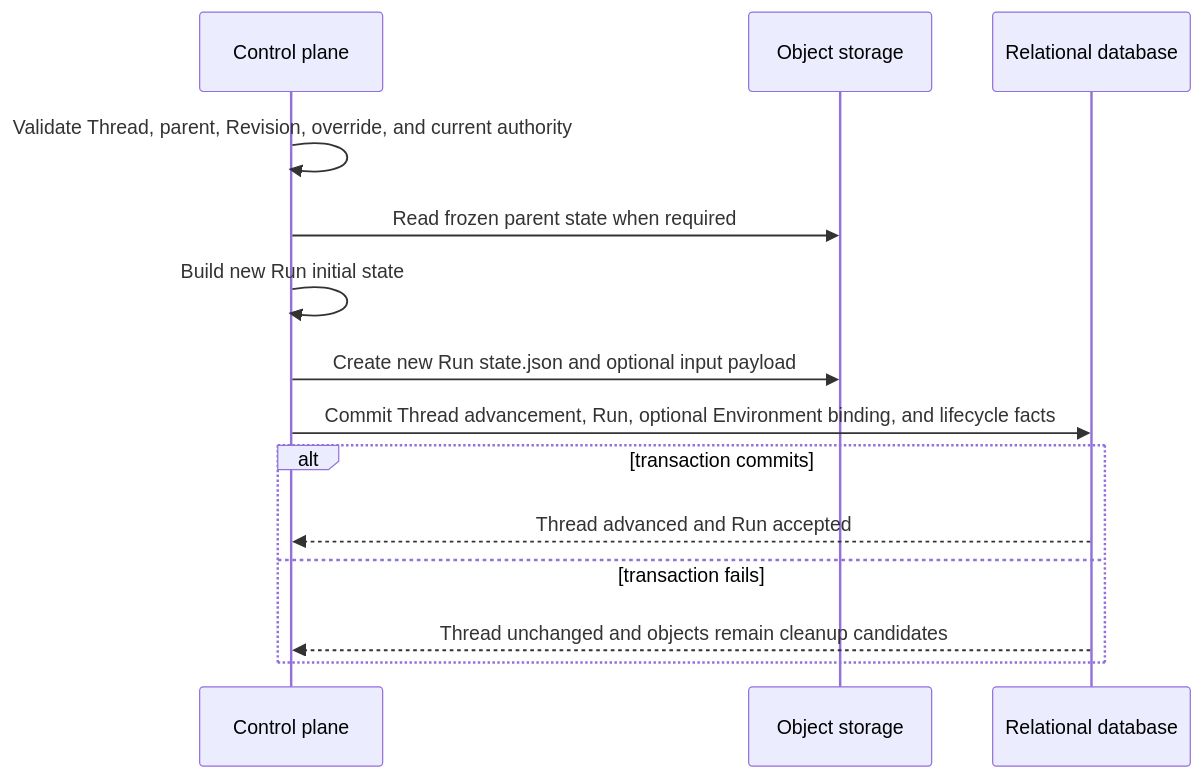
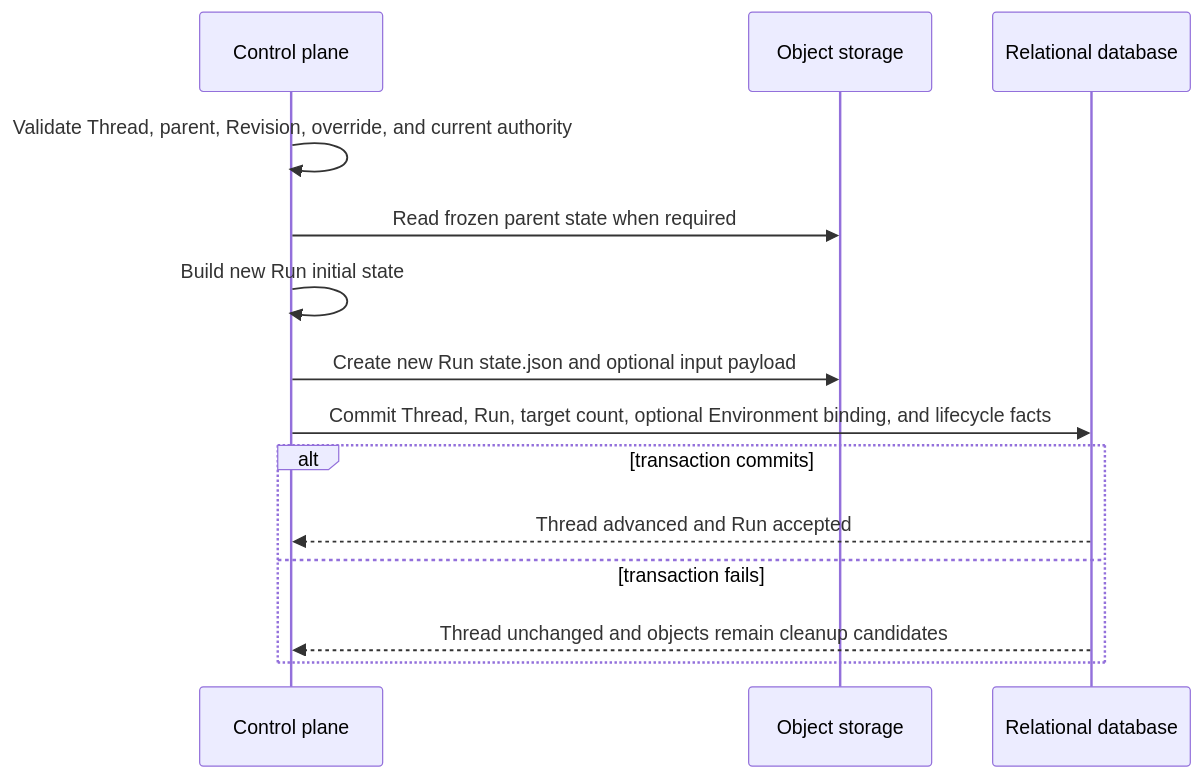
One commit to LTThreeComma/agent-foundation changed the fourth of 4 diagrams in spec/foundation-service/12-run-persistence.md. Above: the diagram before and after it, drawn with Mermaid. The commit also changed other lines of this file and 47 other files, not shown here.

````diff
--- a/spec/foundation-service/12-run-persistence.md
+++ b/spec/foundation-service/12-run-persistence.md
@@ -540,17 +540,17 @@
 ```mermaid
 sequenceDiagram
     participant Control as Control plane
     participant Objects as Object storage
     participant DB as Relational database
 
     Control->>Control: Validate Thread, parent, Revision, override, and current authority
     Control->>Objects: Read frozen parent state when required
     Control->>Control: Build new Run initial state
     Control->>Objects: Create new Run state.json and optional input payload
-    Control->>DB: Commit Thread advancement, Run, optional Environment binding, and lifecycle facts
+    Control->>DB: Commit Thread, Run, target count, optional Environment binding, and lifecycle facts
     alt transaction commits
         DB-->>Control: Thread advanced and Run accepted
     else transaction fails
         DB-->>Control: Thread unchanged and objects remain cleanup candidates
     end
 ```
````
